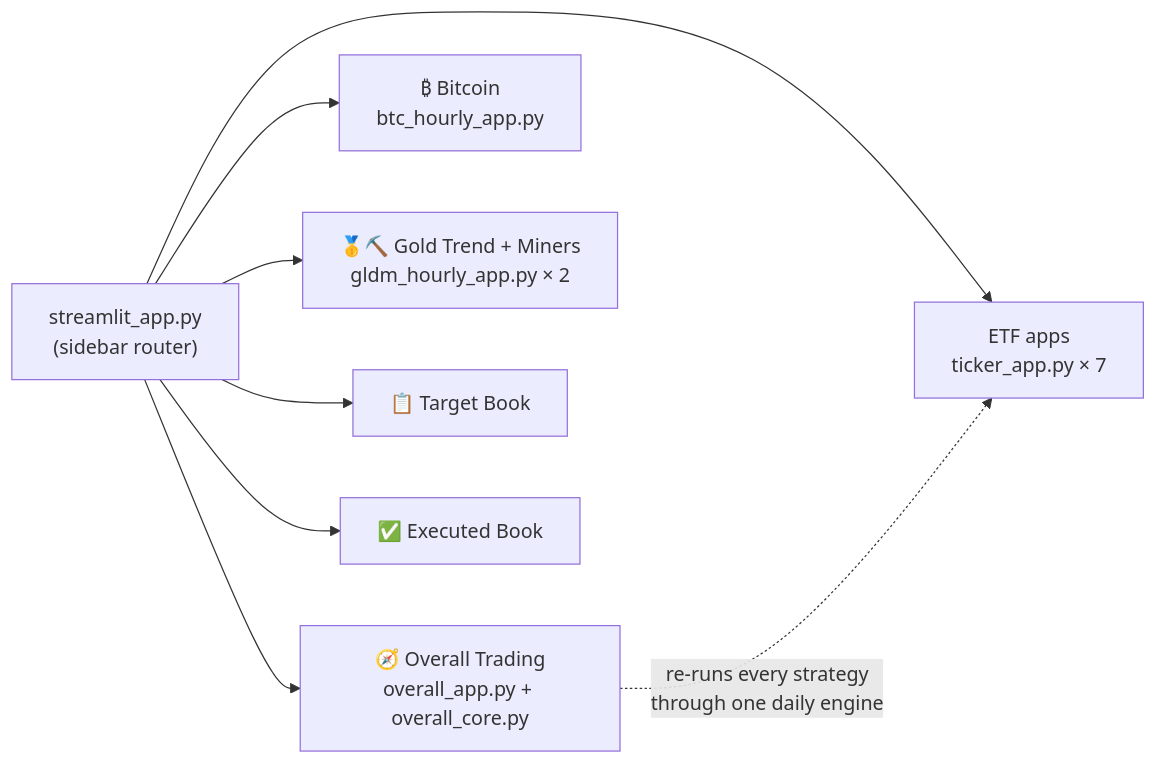
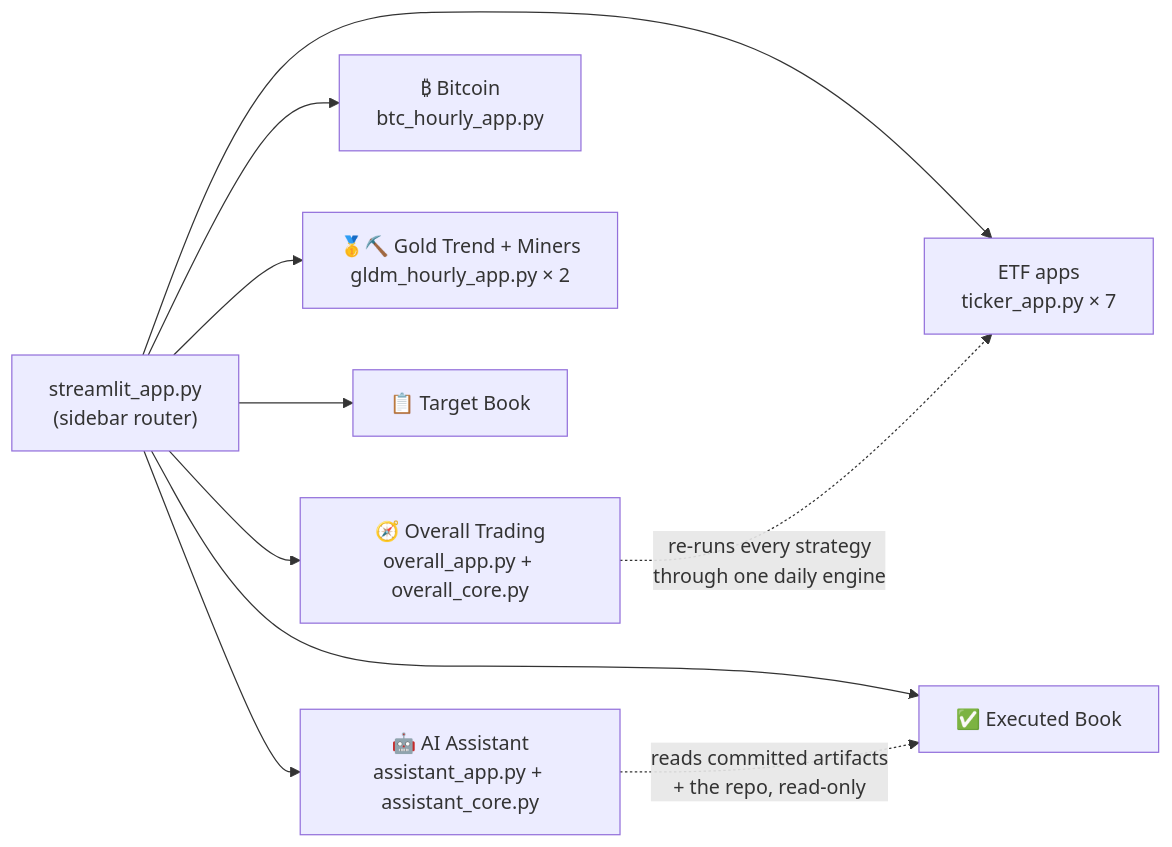
One commit to yoursprerit/btc-range-model changed the second of 3 diagrams in README.md. Above: the diagram before and after it, drawn with Mermaid. The commit also changed other lines of this file and 13 other files, not shown here.

First line of the commit message:
feat(assistant): 🤖 AI Assistant — a grounded chat over the app's data and docs

````diff
--- a/README.md
+++ b/README.md
@@ -88,11 +89,13 @@
 ```mermaid
 flowchart LR
     R["streamlit_app.py<br/>(sidebar router)"]
     R --> OV["🧭 Overall Trading<br/>overall_app.py + overall_core.py"]
     R --> BT["₿ Bitcoin<br/>btc_hourly_app.py"]
     R --> GL["🥇⛏️ Gold Trend + Miners<br/>gldm_hourly_app.py × 2"]
     R --> TK["ETF apps<br/>ticker_app.py × 7"]
     R --> TB["📋 Target Book"]
     R --> EB["✅ Executed Book"]
+    R --> AI["🤖 AI Assistant<br/>assistant_app.py + assistant_core.py"]
     OV -. "re-runs every strategy<br/>through one daily engine" .-> TK
+    AI -. "reads committed artifacts<br/>+ the repo, read-only" .-> EB
 ```
````
